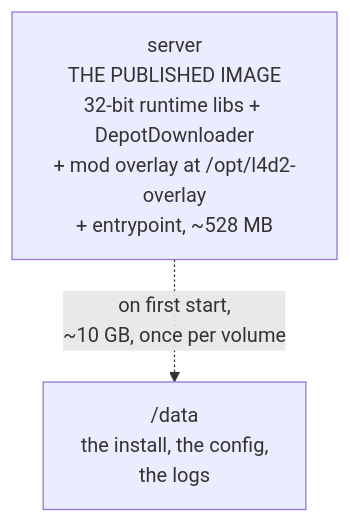
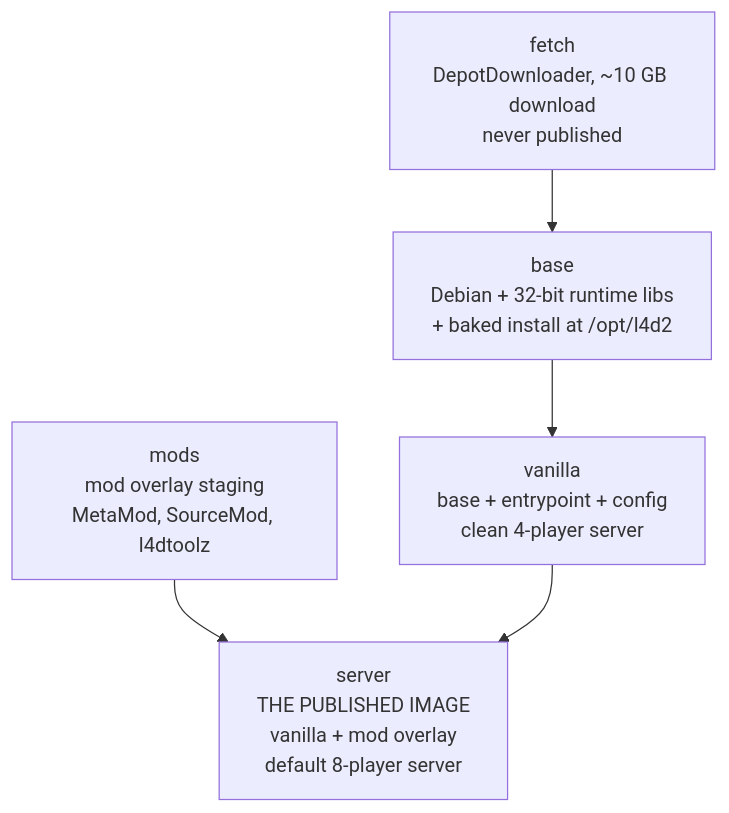
One commit to Delnegend/l4d2-linux-server changed the diagram in docs/architecture.md. Above: the diagram before and after it, drawn with Mermaid. The commit also changed other lines of this file and 7 other files, not shown here.

First line of the commit message:
feat(build): bake game install into base image and optimize layer caching

````diff
--- a/docs/architecture.md
+++ b/docs/architecture.md
@@ -11,5 +11,7 @@
 ```mermaid
 graph TD
-    server["server<br/>THE PUBLISHED IMAGE<br/>32-bit runtime libs + DepotDownloader<br/>+ mod overlay at /opt/l4d2-overlay<br/>+ entrypoint, ~528 MB"]
-    server -. "on first start,<br/>~10 GB, once per volume" .-> volume["/data<br/>the install, the config,<br/>the logs"]
+    fetch["fetch<br/>DepotDownloader, ~10 GB download<br/>never published"] --> base["base<br/>Debian + 32-bit runtime libs<br/>+ baked install at /opt/l4d2"]
+    base --> vanilla["vanilla<br/>base + entrypoint + config<br/>clean 4-player server"]
+    mods["mods<br/>mod overlay staging<br/>MetaMod, SourceMod, l4dtoolz"] --> server["server<br/>THE PUBLISHED IMAGE<br/>vanilla + mod overlay<br/>default 8-player server"]
+    vanilla --> server
 ```
````
